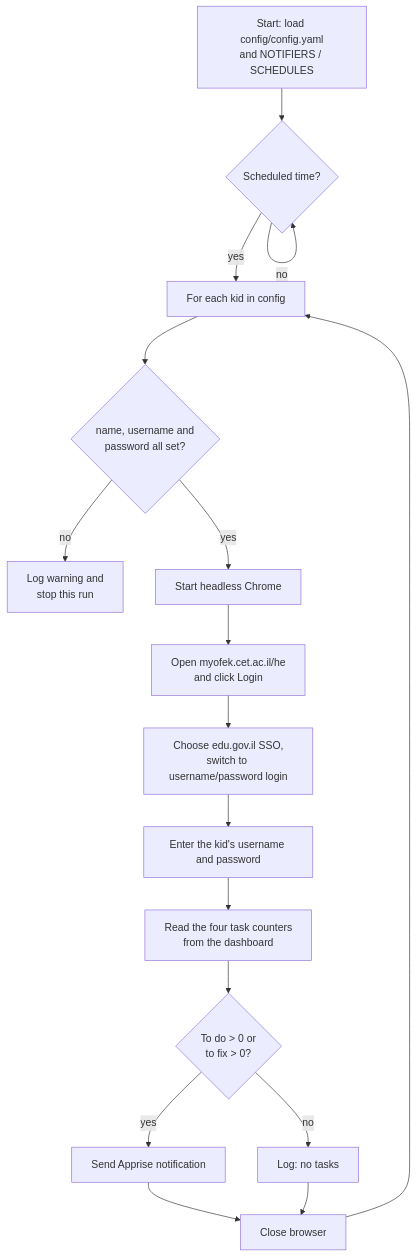
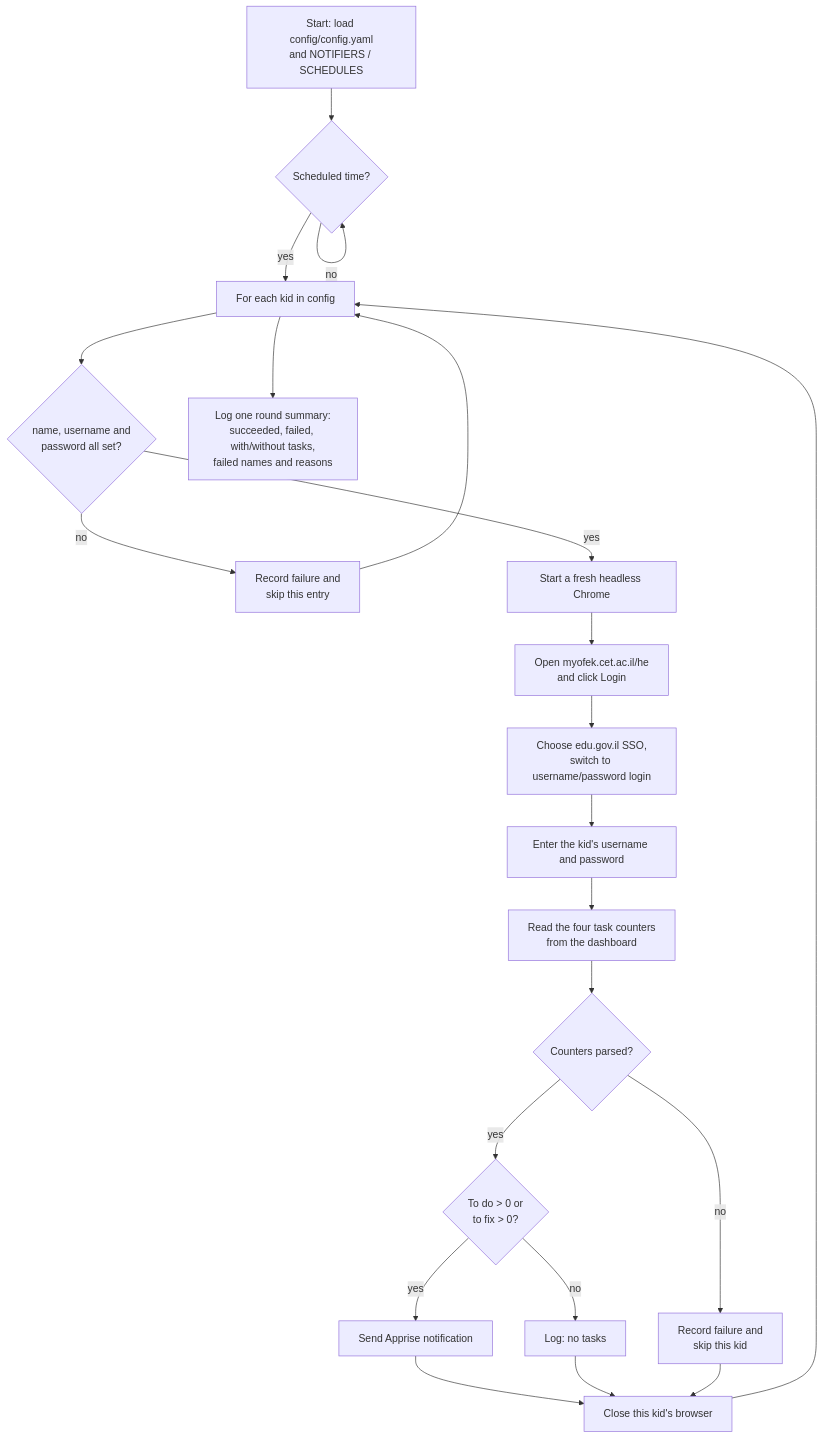
The diagram in README.md (cxb2523/gsb-batch-100428da-7f59-479f-9b3e-019d9bba-fc2df23908879a24), drawn with Mermaid before and after one commit. The commit also changed other lines of this file and 7 other files, not shown here.

````diff
--- a/README.md
+++ b/README.md
@@ -54,19 +54,24 @@
 ```mermaid
 flowchart TD
     A[Start: load config/config.yaml<br/>and NOTIFIERS / SCHEDULES] --> B{Scheduled time?}
     B -- no --> B
     B -- yes --> C[For each kid in config]
     C --> V{name, username and<br/>password all set?}
-    V -- no --> X[Log warning and<br/>stop this run]
-    V -- yes --> D[Start headless Chrome]
+    V -- no --> X[Record failure and<br/>skip this entry]
+    X --> C
+    V -- yes --> D[Start a fresh headless Chrome]
     D --> E[Open myofek.cet.ac.il/he<br/>and click Login]
     E --> F[Choose edu.gov.il SSO,<br/>switch to username/password login]
     F --> G[Enter the kid's username and password]
     G --> H[Read the four task counters<br/>from the dashboard]
-    H --> I{To do > 0 or<br/>to fix > 0?}
-    I -- yes --> J[Send Apprise notification]
-    I -- no --> K[Log: no tasks]
-    J --> L[Close browser]
-    K --> L
-    L --> C
+    H --> I{Counters parsed?}
+    I -- no --> Y[Record failure and<br/>skip this kid]
+    I -- yes --> J{To do > 0 or<br/>to fix > 0?}
+    J -- yes --> K[Send Apprise notification]
+    J -- no --> L[Log: no tasks]
+    K --> M[Close this kid's browser]
+    L --> M
+    Y --> M
+    M --> C
+    C --> N[Log one round summary:<br/>succeeded, failed, with/without tasks,<br/>failed names and reasons]
 ```
````
